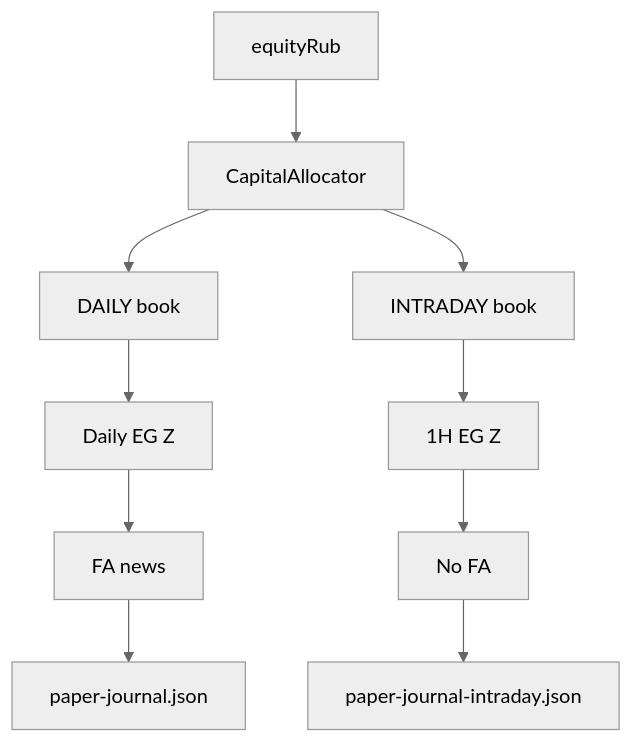
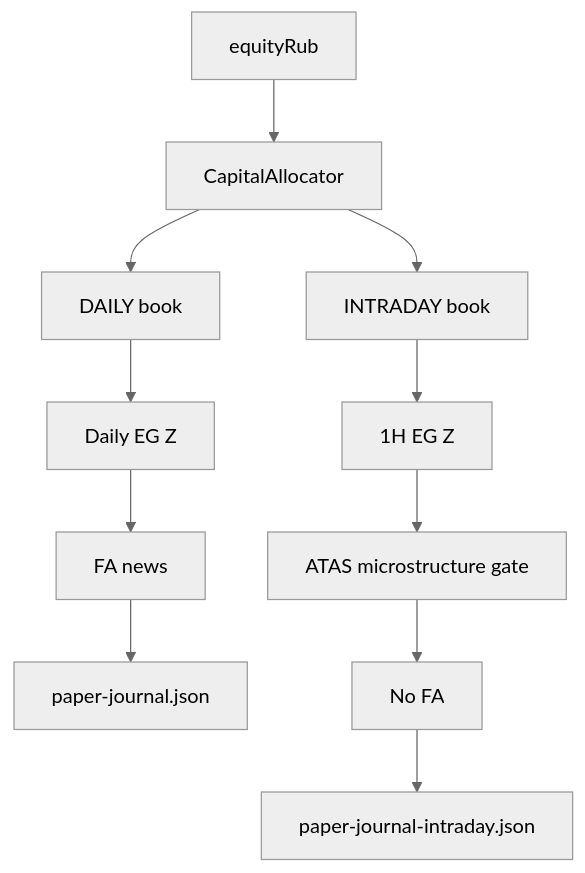
Before and after one commit to ITmeansIvanTyulkin/IMOEX: the diagram in README.md, drawn with Mermaid (neutral theme). The commit also changed other lines of this file and 2 other files, not shown here.

First line of the commit message:
Документировать ATAS microstructure и tier-1 INTRADAY в README и UI.

````diff
--- a/README.md
+++ b/README.md
@@ -39,12 +40,13 @@
 ```mermaid
 flowchart TB
   Equity[equityRub] --> Alloc[CapitalAllocator]
   Alloc --> DailyBook[DAILY book]
   Alloc --> IntraBook[INTRADAY book]
   DailyBook --> DTech[Daily EG Z]
   DTech --> FA[FA news]
   FA --> DPaper[paper-journal.json]
   IntraBook --> HTech[1H EG Z]
-  HTech --> SkipFA[No FA]
+  HTech --> ATAS[ATAS microstructure gate]
+  ATAS --> SkipFA[No FA]
   SkipFA --> IPaper[paper-journal-intraday.json]
 ```
````
